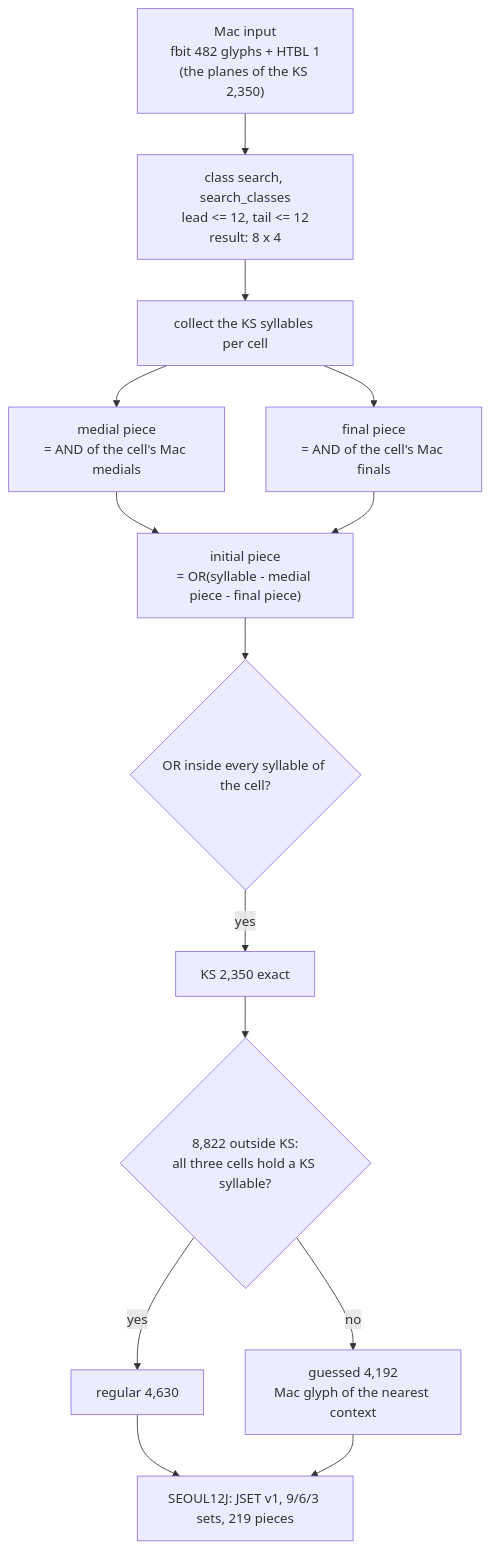
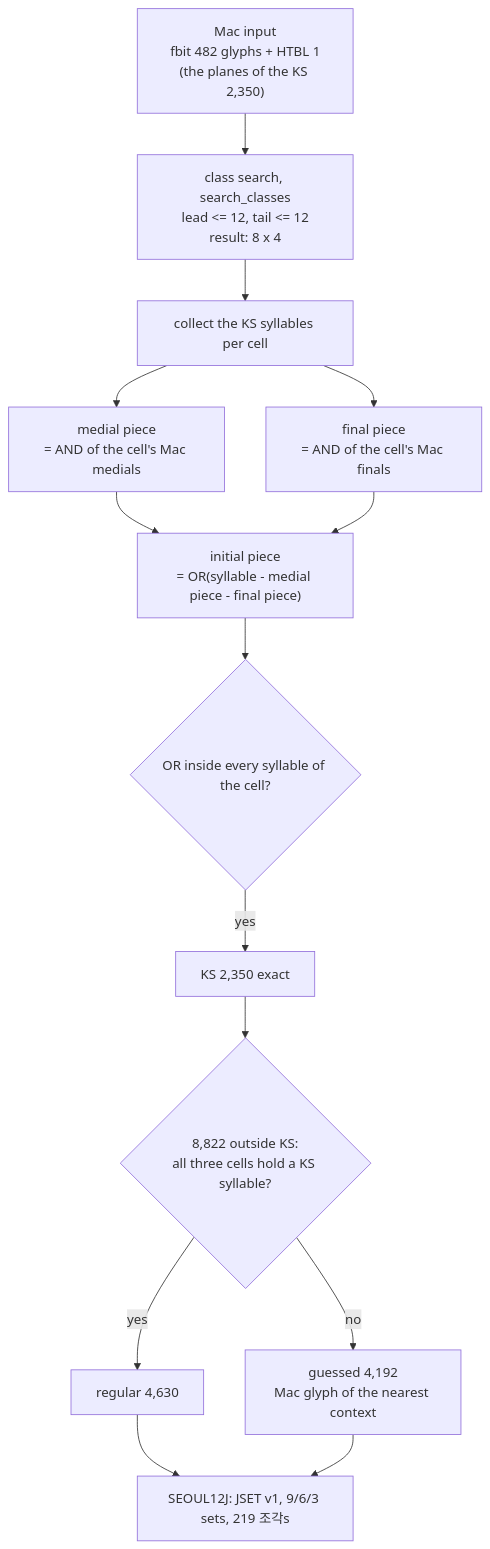
Diagram 21 of 27 in docs/jamo-sets.md (TaehyunKimLL/svf-fonts-open), drawn with Mermaid before and after one commit. The commit also changed other lines of this file and 3 other files, not shown here.

````diff
--- a/docs/jamo-sets.md
+++ b/docs/jamo-sets.md
@@ -1010,16 +1016,16 @@
 ```mermaid
 flowchart TD
   M["Mac input<br/>fbit 482 glyphs + HTBL 1<br/>(the planes of the KS 2,350)"] --> C["class search, search_classes<br/>lead <= 12, tail <= 12<br/>result: 8 x 4"]
   C --> K["collect the KS syllables per cell"]
   K --> MD["medial piece<br/>= AND of the cell's Mac medials"]
   K --> FN["final piece<br/>= AND of the cell's Mac finals"]
   MD --> IN["initial piece<br/>= OR(syllable - medial piece - final piece)"]
   FN --> IN
   IN --> V{"OR inside every syllable of the cell?"}
   V -->|yes| KS["KS 2,350 exact"]
   KS --> EX{"8,822 outside KS:<br/>all three cells hold a KS syllable?"}
   EX -->|yes| RG["regular 4,630"]
   EX -->|no| GS["guessed 4,192<br/>Mac glyph of the nearest context"]
-  RG --> J["SEOUL12J: JSET v1, 9/6/3 sets, 219 pieces"]
+  RG --> J["SEOUL12J: JSET v1, 9/6/3 sets, 219 조각s"]
   GS --> J
 ```
````
